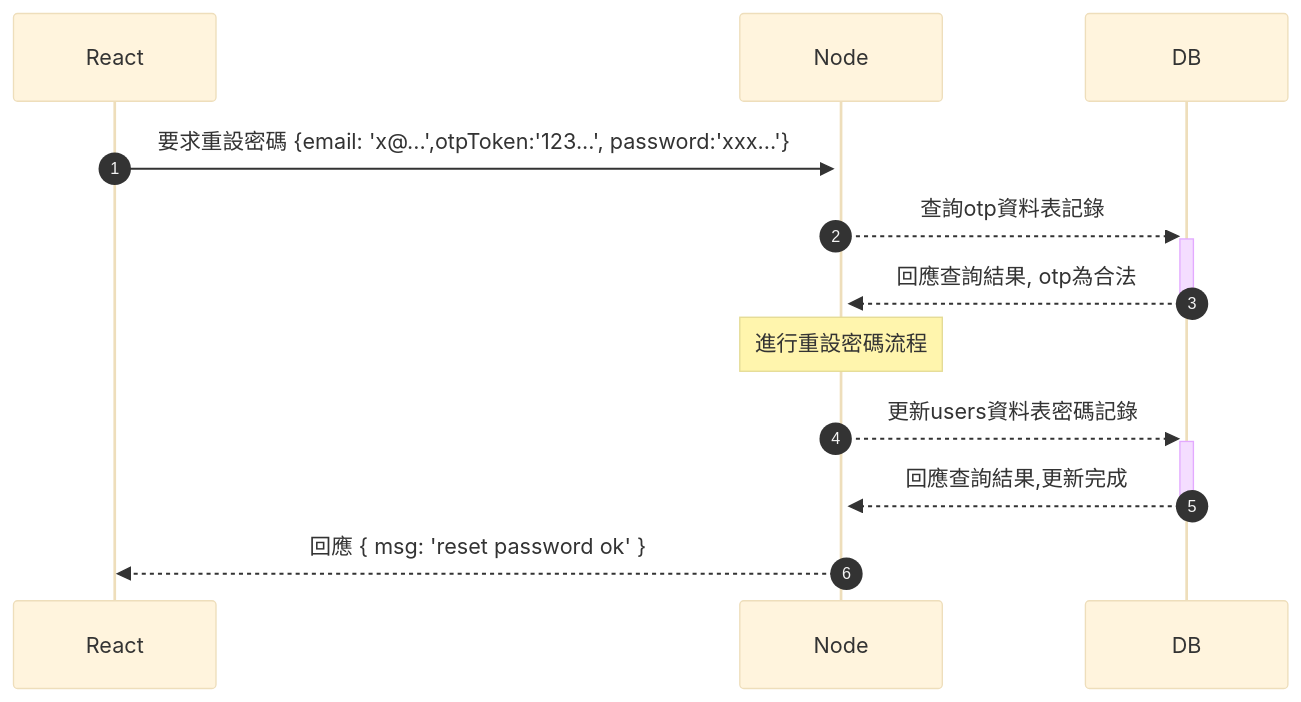
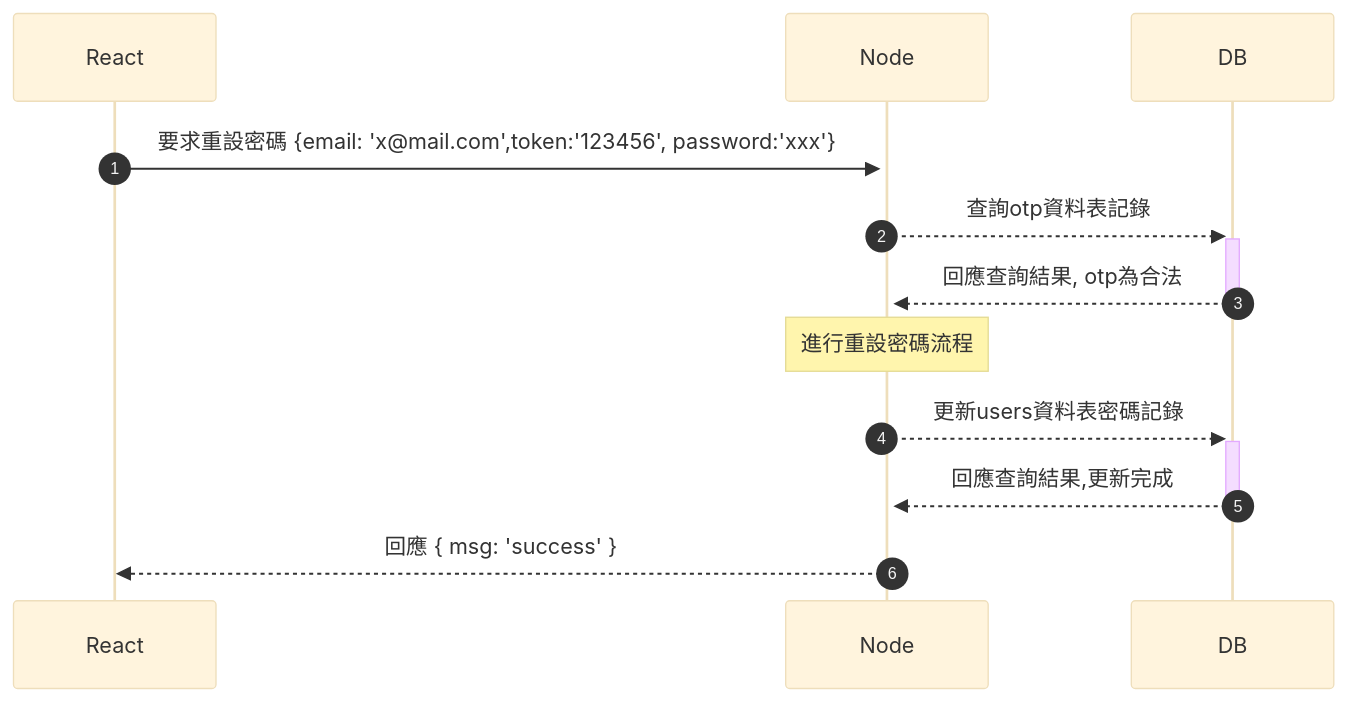
The third of 3 diagrams in docs/otp.md (sd918207458/board-buddy-express), drawn with Mermaid (base theme) before and after one commit. The commit also changed other lines of this file, not shown here.

````diff
--- a/docs/otp.md
+++ b/docs/otp.md
@@ -70,11 +72,11 @@
 ```mermaid
 sequenceDiagram
     autonumber
-    React->>+Node: 要求重設密碼 {email: 'x@...',otpToken:'123...', password:'xxx...'}
+    React->>+Node: 要求重設密碼 {email: 'x@mail.com',token:'123456', password:'xxx'}
     Node-->>+DB: 查詢otp資料表記錄
     DB-->>-Node: 回應查詢結果, otp為合法
     Note over Node: 進行重設密碼流程
     Node-->>+DB: 更新users資料表密碼記錄
     DB-->>-Node: 回應查詢結果,更新完成
-    Node-->>React: 回應 { msg: 'reset password ok' }
+    Node-->>React: 回應 { msg: 'success' }
 ```
````
